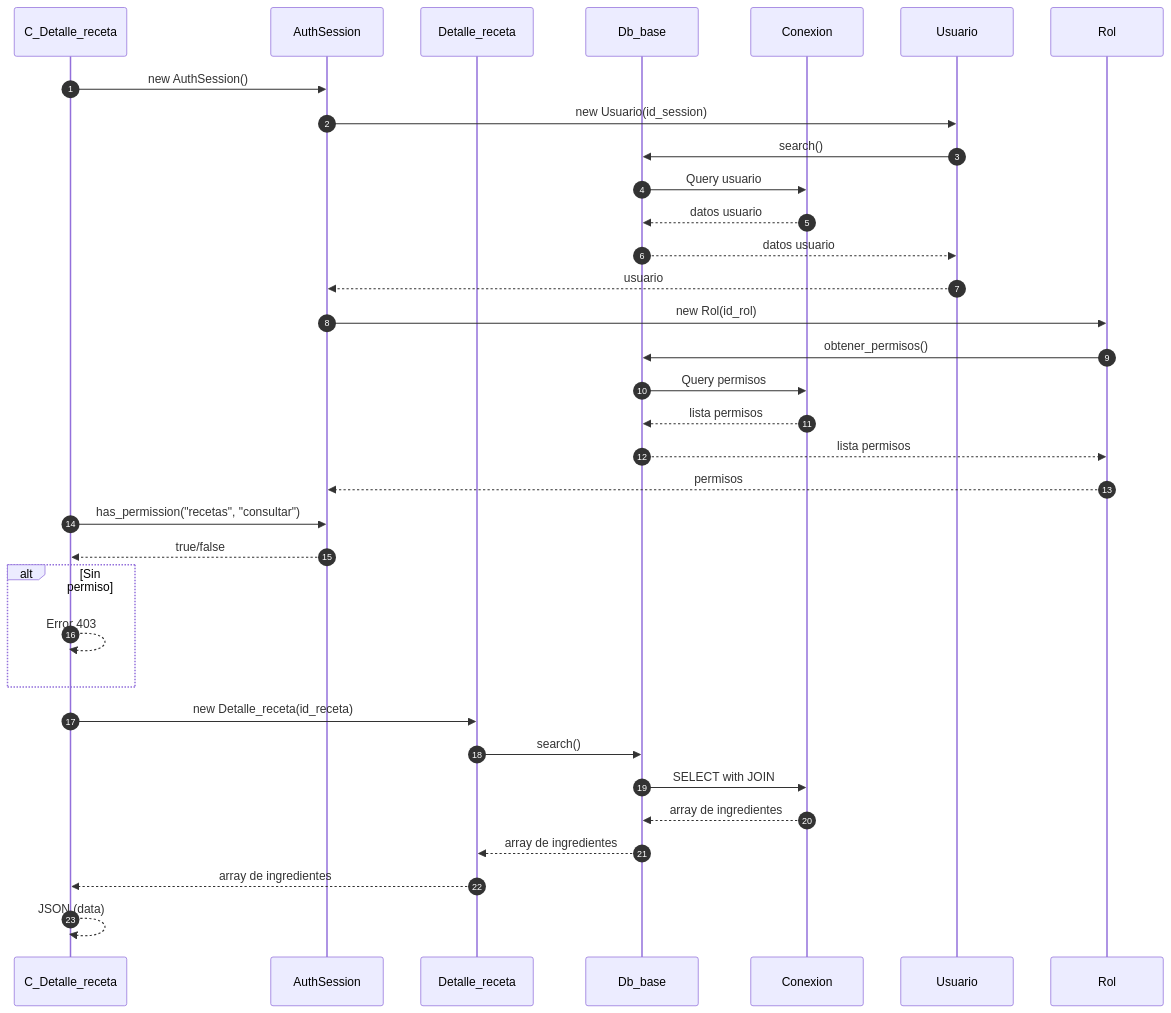
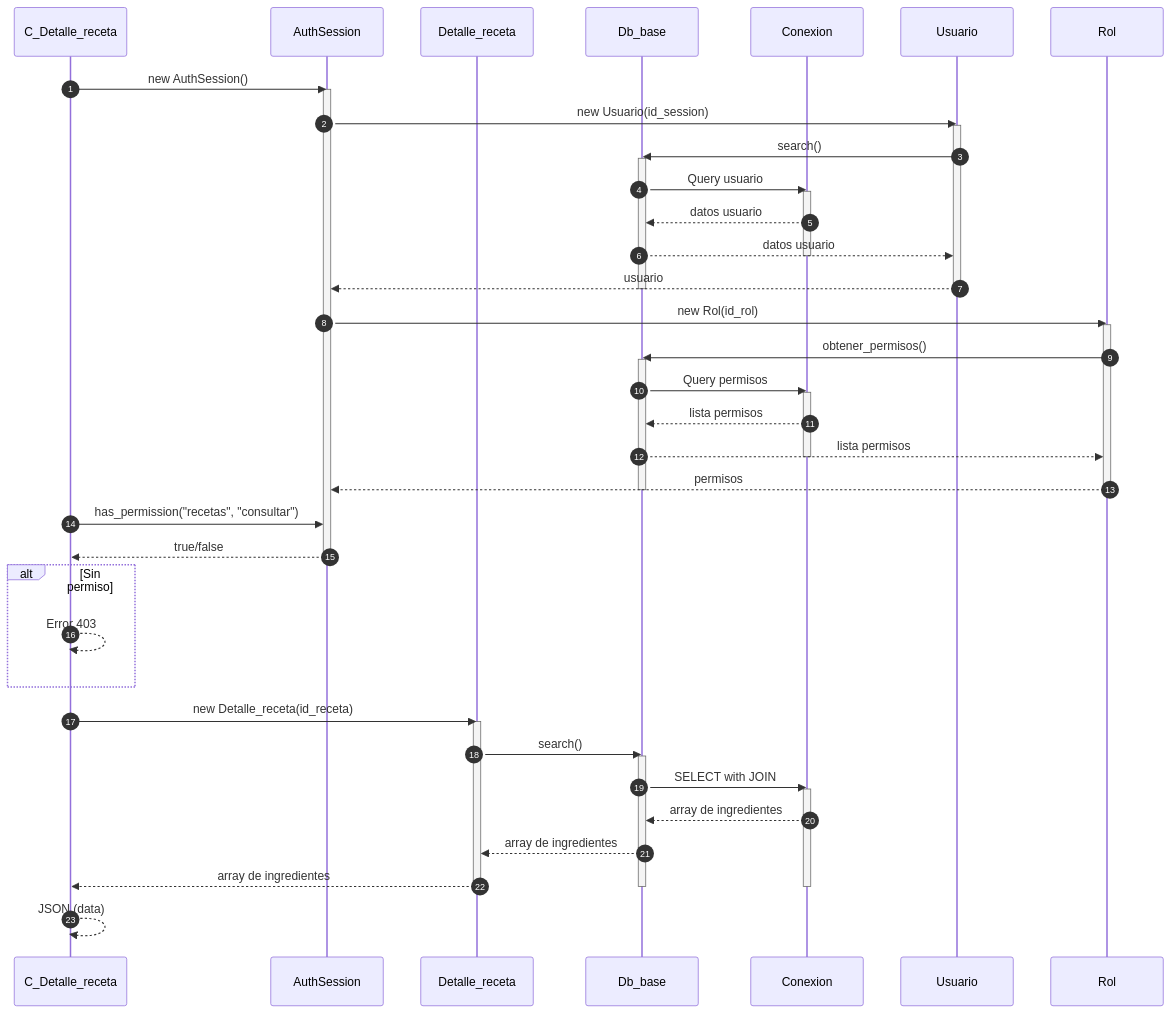
One commit to Tecrato/BurgerHouse changed the third of 5 diagrams in docs/secuencia/recetas/recetas.md. Above: the diagram before and after it, drawn with Mermaid. The commit also changed other lines of this file and 16 other files, not shown here.

First line of the commit message:
Annotate mermaid sequences & throttle generator

````diff
--- a/docs/secuencia/recetas/recetas.md
+++ b/docs/secuencia/recetas/recetas.md
@@ -103,40 +157,60 @@
 ```mermaid
 sequenceDiagram
     autonumber
     participant C_Detalle_receta as C_Detalle_receta
     participant AuthSession as AuthSession
     participant Detalle_receta as Detalle_receta
     participant Db_base as Db_base
     participant Conexion as Conexion
     
     C_Detalle_receta->>AuthSession: new AuthSession()
+    activate AuthSession
     AuthSession->>Usuario: new Usuario(id_session)
+    activate Usuario
     Usuario->>Db_base: search()
+    activate Db_base
     Db_base->>Conexion: Query usuario
+    activate Conexion
     Conexion-->>Db_base: datos usuario
     Db_base-->>Usuario: datos usuario
+    deactivate Conexion
     Usuario-->>AuthSession: usuario
+    deactivate Usuario
+    deactivate Db_base
     
     AuthSession->>Rol: new Rol(id_rol)
+    activate Rol
     Rol->>Db_base: obtener_permisos()
+    activate Db_base
     Db_base->>Conexion: Query permisos
+    activate Conexion
     Conexion-->>Db_base: lista permisos
     Db_base-->>Rol: lista permisos
+    deactivate Conexion
     Rol-->>AuthSession: permisos
+    deactivate Rol
+    deactivate Db_base
     
     C_Detalle_receta->>AuthSession: has_permission("recetas", "consultar")
     AuthSession-->>C_Detalle_receta: true/false
+    deactivate AuthSession
     
     alt Sin permiso
         C_Detalle_receta-->>C_Detalle_receta: Error 403
     end
     
     C_Detalle_receta->>Detalle_receta: new Detalle_receta(id_receta)
+    activate Detalle_receta
     Detalle_receta->>Db_base: search()
+    activate Db_base
     Db_base->>Conexion: SELECT with JOIN
+    activate Conexion
     Conexion-->>Db_base: array de ingredientes
     Db_base-->>Detalle_receta: array de ingredientes
     Detalle_receta-->>C_Detalle_receta: array de ingredientes
+    deactivate Detalle_receta
+    deactivate Conexion
+    deactivate Db_base
     
     C_Detalle_receta-->>C_Detalle_receta: JSON (data)
 ```
````
